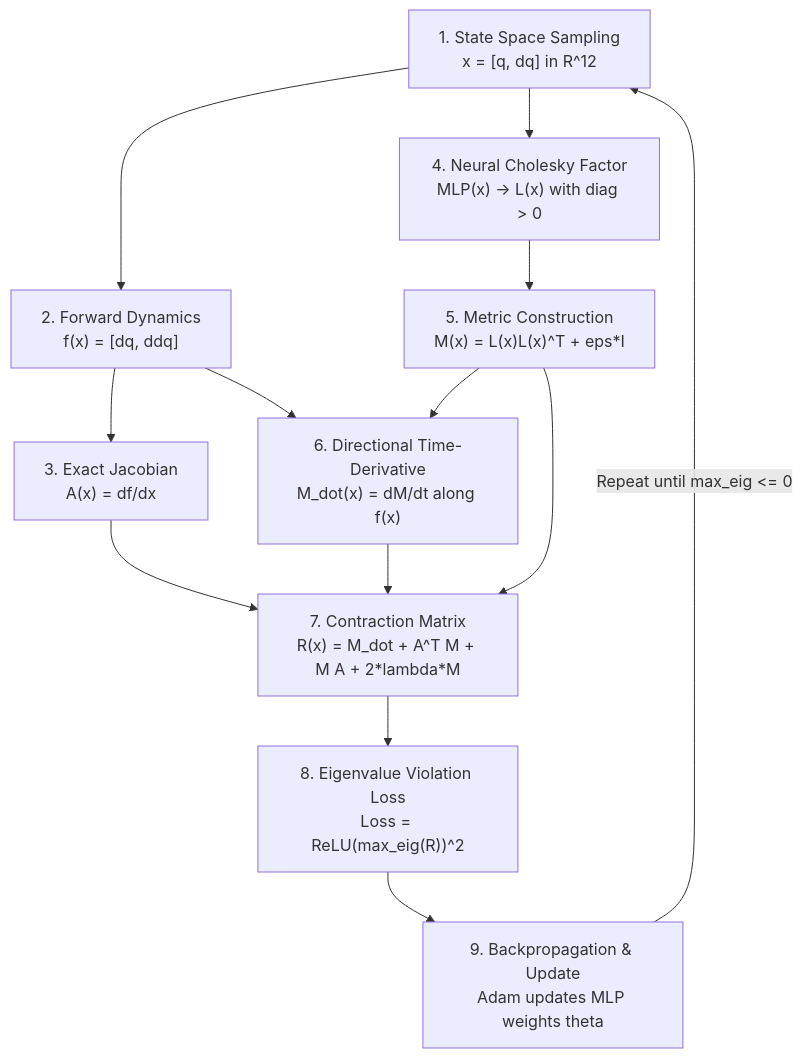
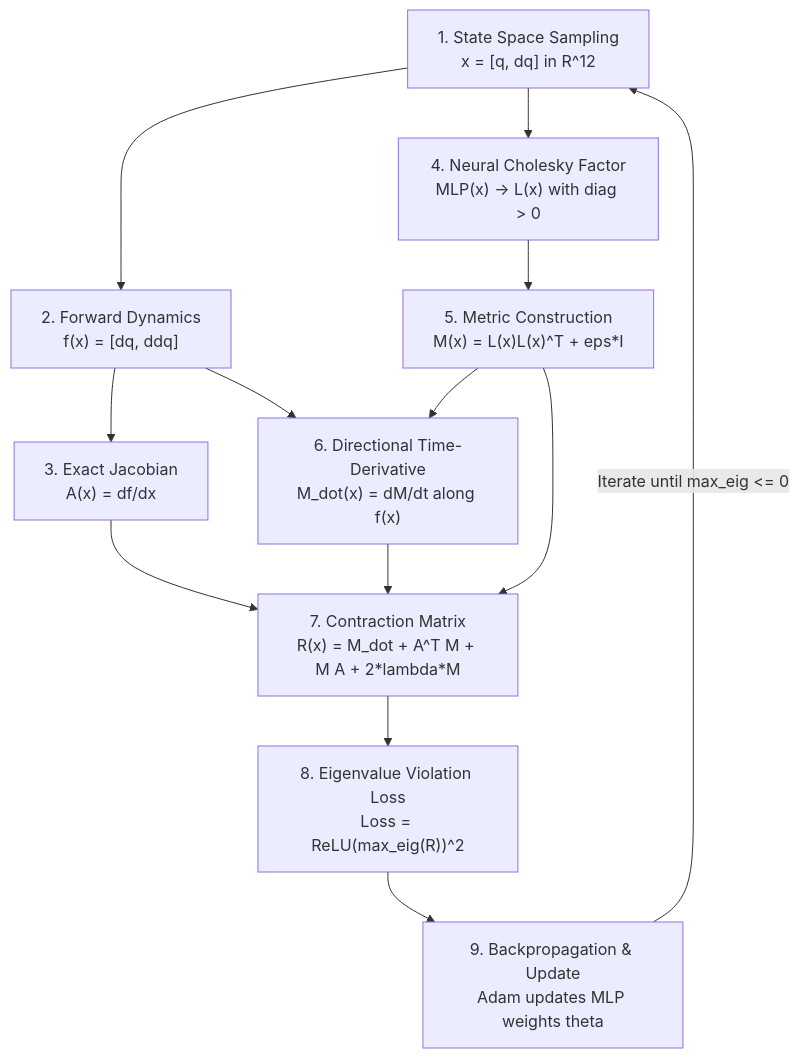
One commit to huitaehan/HRL_SO101 changed the diagram in examples/ccm/README.md. Above: the diagram before and after it, drawn with Mermaid. The commit also changed other lines of this file and 1 other file, not shown here.

````diff
--- a/examples/ccm/README.md
+++ b/examples/ccm/README.md
@@ -18,12 +20,12 @@
 ```mermaid
 flowchart TD
     S1["1. State Space Sampling<br/>x = [q, dq] in R^12"] --> S2["2. Forward Dynamics<br/>f(x) = [dq, ddq]"]
     S2 --> S3["3. Exact Jacobian<br/>A(x) = df/dx"]
     S1 --> S4["4. Neural Cholesky Factor<br/>MLP(x) -> L(x) with diag > 0"]
     S4 --> S5["5. Metric Construction<br/>M(x) = L(x)L(x)^T + eps*I"]
     S2 & S5 --> S6["6. Directional Time-Derivative<br/>M_dot(x) = dM/dt along f(x)"]
     S3 & S5 & S6 --> S7["7. Contraction Matrix<br/>R(x) = M_dot + A^T M + M A + 2*lambda*M"]
     S7 --> S8["8. Eigenvalue Violation Loss<br/>Loss = ReLU(max_eig(R))^2"]
     S8 --> S9["9. Backpropagation & Update<br/>Adam updates MLP weights theta"]
-    S9 -->|Repeat until max_eig <= 0| S1
+    S9 -->|Iterate until max_eig <= 0| S1
 ```
````
